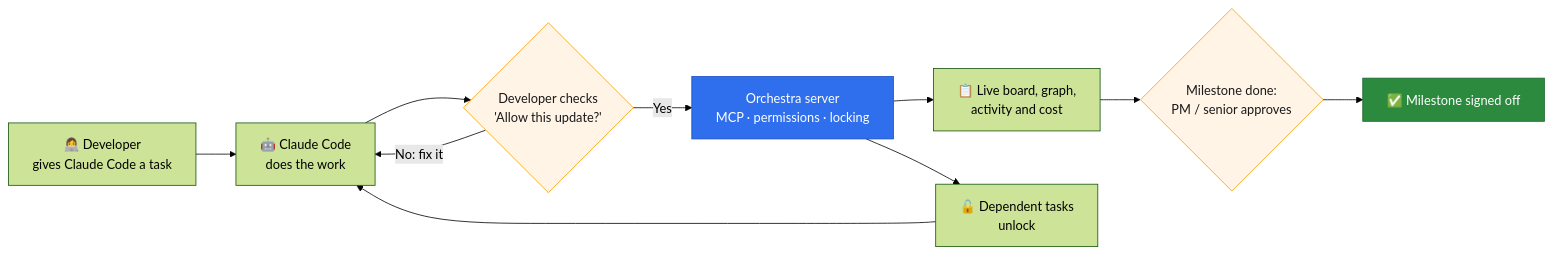
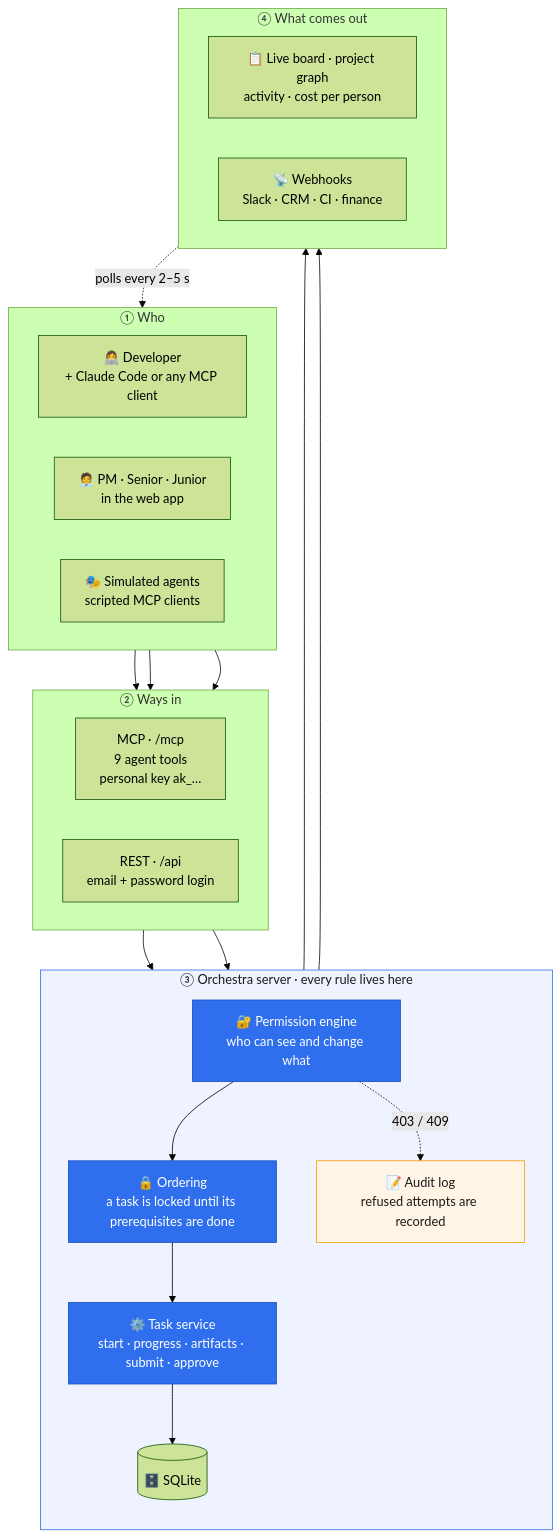
The first of 2 diagrams in README.md (Omar-s-Org/Orchestra), drawn with Mermaid (forest theme) before and after one commit. The commit also changed other lines of this file, not shown here.

Commit message:
Docs: vertical architecture, task lifecycle and step-by-step walkthrough in How it works

````diff
--- a/README.md
+++ b/README.md
@@ -49,17 +53,47 @@
 ```mermaid
-flowchart LR
-    A["👩‍💻 Developer<br/>gives Claude Code a task"] --> B["🤖 Claude Code<br/>does the work"]
-    B --> C{"Developer checks<br/>'Allow this update?'"}
-    C -- "No: fix it" --> B
-    C -- "Yes" --> D["Orchestra server<br/>MCP · permissions · locking"]
-    D --> E["📋 Live board, graph,<br/>activity and cost"]
-    D --> F["🔓 Dependent tasks<br/>unlock"]
-    F --> B
-    E --> G{"Milestone done:<br/>PM / senior approves"}
-    G --> H["✅ Milestone signed off"]
+flowchart TB
+    subgraph WHO["① Who"]
+        direction LR
+        DEV["👩‍💻 Developer<br/>+ Claude Code or any MCP client"]
+        HUM["🧑‍💼 PM · Senior · Junior<br/>in the web app"]
+        SIM["🎭 Simulated agents<br/>scripted MCP clients"]
+    end
 
-    style C fill:#fff4e6,stroke:#f59f00,color:#1a1a1a
-    style G fill:#fff4e6,stroke:#f59f00,color:#1a1a1a
-    style D fill:#2f6fed,stroke:#1c4fbf,color:#ffffff
-    style H fill:#2b8a3e,stroke:#1e6b2f,color:#ffffff
+    subgraph IN["② Ways in"]
+        direction LR
+        MCP["MCP · /mcp<br/>9 agent tools<br/>personal key ak_…"]
+        REST["REST · /api<br/>email + password login"]
+    end
+
+    subgraph CORE["③ Orchestra server · every rule lives here"]
+        direction TB
+        PERM["🔐 Permission engine<br/>who can see and change what"]
+        LOCK["🔒 Ordering<br/>a task is locked until its prerequisites are done"]
+        SVC["⚙️ Task service<br/>start · progress · artifacts · submit · approve"]
+        AUD["📝 Audit log<br/>refused attempts are recorded"]
+        DB[("🗄️ SQLite")]
+        PERM --> LOCK --> SVC --> DB
+        PERM -. "403 / 409" .-> AUD
+    end
+
+    subgraph OUT["④ What comes out"]
+        direction LR
+        LIVE["📋 Live board · project graph<br/>activity · cost per person"]
+        HOOK["📡 Webhooks<br/>Slack · CRM · CI · finance"]
+    end
+
+    DEV --> MCP
+    SIM --> MCP
+    HUM --> REST
+    MCP --> PERM
+    REST --> PERM
+    SVC --> LIVE
+    SVC --> HOOK
+    LIVE -. "polls every 2–5 s" .-> HUM
+
+    style CORE fill:#eef3ff,stroke:#2f6fed,color:#1a1a1a
+    style PERM fill:#2f6fed,stroke:#1c4fbf,color:#ffffff
+    style LOCK fill:#2f6fed,stroke:#1c4fbf,color:#ffffff
+    style SVC fill:#2f6fed,stroke:#1c4fbf,color:#ffffff
+    style AUD fill:#fff4e6,stroke:#f59f00,color:#1a1a1a
 ```
````
